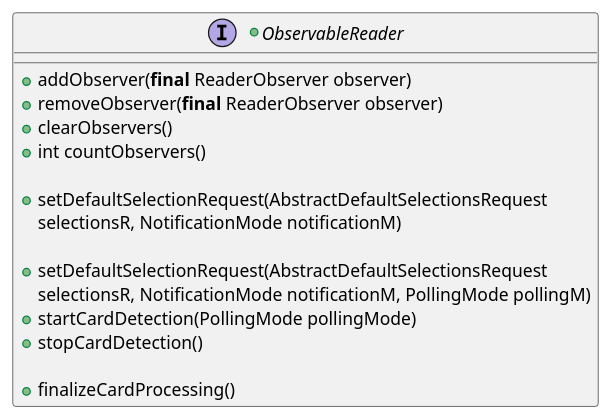
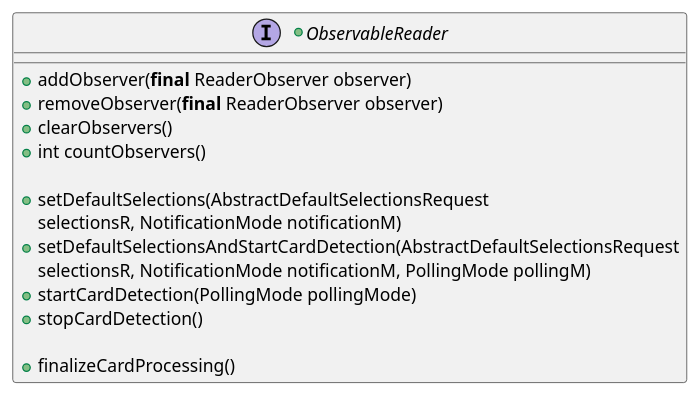
One commit to calypsonet/keyple changed diagram 15 of 21 in src/KeypleCoreApi/puml/KeypleCore_Reader_ClassDiag_ClassElements.iuml. Above: the diagram before and after it, drawn with PlantUML. The commit also changed 4 other files, not shown here.

```diff
--- a/src/KeypleCoreApi/puml/KeypleCore_Reader_ClassDiag_ClassElements.iuml
+++ b/src/KeypleCoreApi/puml/KeypleCore_Reader_ClassDiag_ClassElements.iuml
@@ -192,18 +192,17 @@
 @startuml(id=READER_OBSERVABLEREADER_1_0_0)
 +interface ObservableReader {
   +addObserver(<b>final</b> ReaderObserver observer)
   +removeObserver(<b>final</b> ReaderObserver observer)
   +clearObservers()
   +int countObservers()
 
-  +setDefaultSelectionRequest(AbstractDefaultSelectionsRequest
+  +setDefaultSelections(AbstractDefaultSelectionsRequest
     selectionsR, NotificationMode notificationM)
-
-  +setDefaultSelectionRequest(AbstractDefaultSelectionsRequest
+  +setDefaultSelectionsAndStartCardDetection(AbstractDefaultSelectionsRequest
     selectionsR, NotificationMode notificationM, PollingMode pollingM)
   +startCardDetection(PollingMode pollingMode)
   +stopCardDetection()
 
   +finalizeCardProcessing()
 }
 @enduml
```
